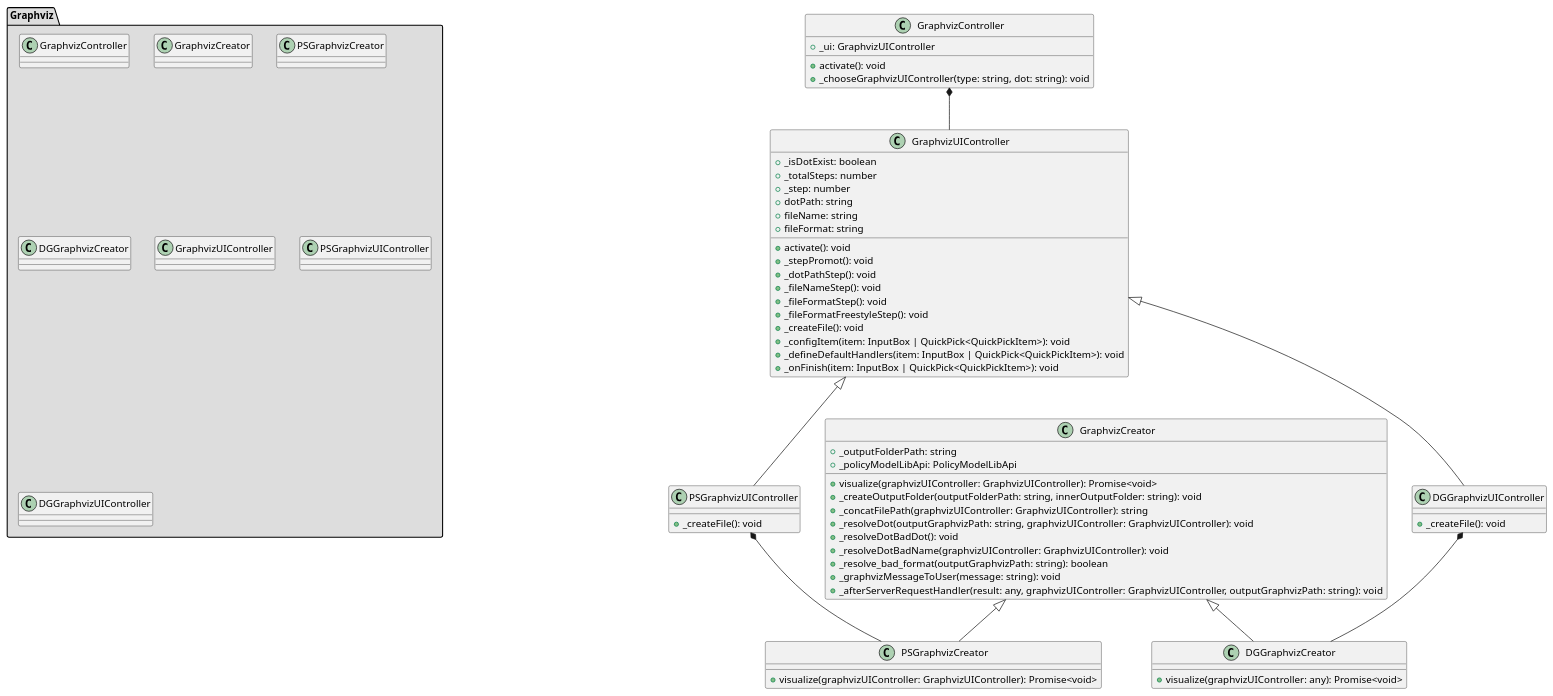
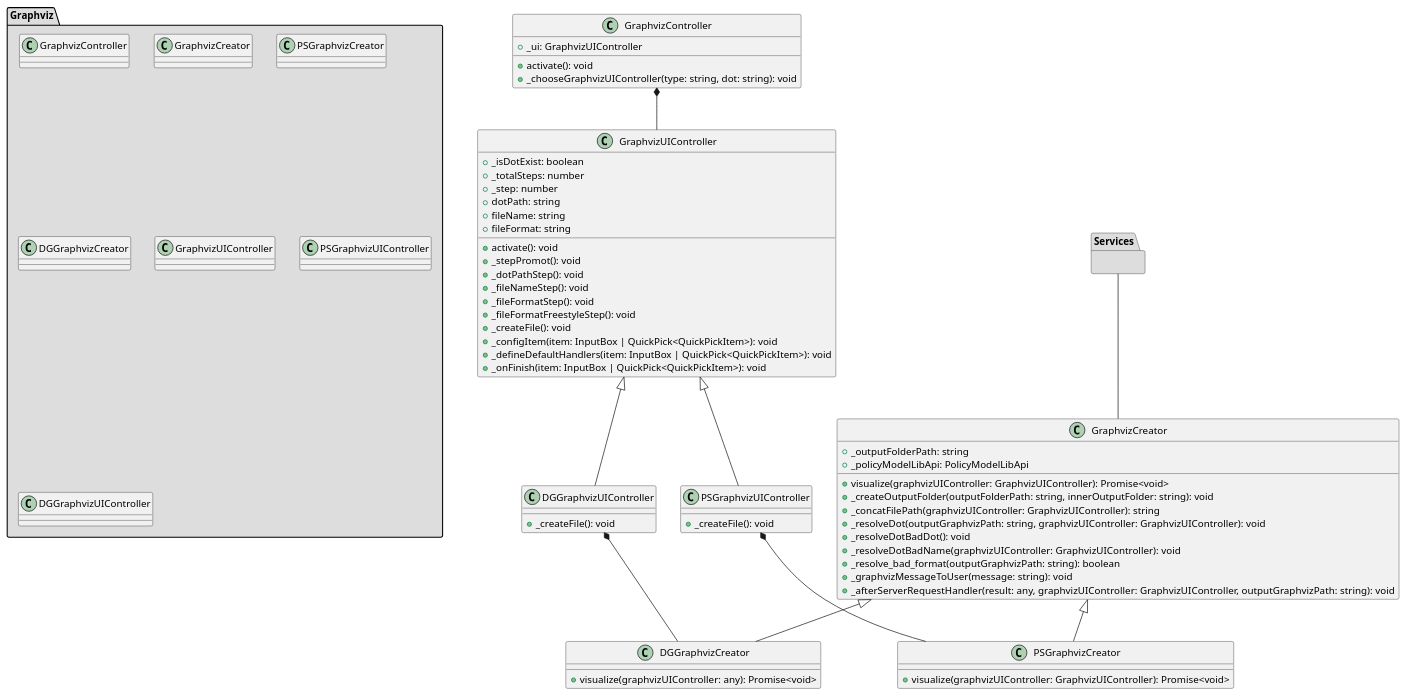
The diagram in diagrams/client/GraphvizPackageClassDiagram.puml (wolfj123/PolicyModelsPlugin), drawn with PlantUML before and after one commit.

```diff
--- a/diagrams/client/GraphvizPackageClassDiagram.puml
+++ b/diagrams/client/GraphvizPackageClassDiagram.puml
@@ -1,67 +1,77 @@
 @startuml
 
 package Graphviz #DDDDDD{
 	class GraphvizController
 	class GraphvizCreator
 	class PSGraphvizCreator
 	class DGGraphvizCreator
 	class GraphvizUIController
     class PSGraphvizUIController
     class DGGraphvizUIController
 }
 
 class GraphvizController {
     +_ui: GraphvizUIController
     +activate(): void
     +_chooseGraphvizUIController(type: string, dot: string): void
 }
 class GraphvizCreator {
     +_outputFolderPath: string
     +_policyModelLibApi: PolicyModelLibApi
     +visualize(graphvizUIController: GraphvizUIController): Promise<void>
     +_createOutputFolder(outputFolderPath: string, innerOutputFolder: string): void
     +_concatFilePath(graphvizUIController: GraphvizUIController): string
     +_resolveDot(outputGraphvizPath: string, graphvizUIController: GraphvizUIController): void
     +_resolveDotBadDot(): void
     +_resolveDotBadName(graphvizUIController: GraphvizUIController): void
     +_resolve_bad_format(outputGraphvizPath: string): boolean
     +_graphvizMessageToUser(message: string): void
     +_afterServerRequestHandler(result: any, graphvizUIController: GraphvizUIController, outputGraphvizPath: string): void
 }
 class PSGraphvizCreator extends GraphvizCreator {
     +visualize(graphvizUIController: GraphvizUIController): Promise<void>
 }
 class DGGraphvizCreator extends GraphvizCreator {
     +visualize(graphvizUIController: any): Promise<void>
 }
 class GraphvizUIController {
     +_isDotExist: boolean
     +_totalSteps: number
     +_step: number
     +dotPath: string
     +fileName: string
     +fileFormat: string
     +activate(): void
     +_stepPromot(): void
     +_dotPathStep(): void
     +_fileNameStep(): void
     +_fileFormatStep(): void
     +_fileFormatFreestyleStep(): void
     +_createFile(): void
     +_configItem(item: InputBox | QuickPick<QuickPickItem>): void
     +_defineDefaultHandlers(item: InputBox | QuickPick<QuickPickItem>): void
     +_onFinish(item: InputBox | QuickPick<QuickPickItem>): void
 }
 class PSGraphvizUIController extends GraphvizUIController {
     +_createFile(): void
 }
 class DGGraphvizUIController extends GraphvizUIController {
     +_createFile(): void
 }
 
 GraphvizController *-- GraphvizUIController
 PSGraphvizUIController *-- PSGraphvizCreator
 DGGraphvizUIController *-- DGGraphvizCreator
 
 
+Services -- GraphvizCreator
+
+
+package Services #DDDDDD{
+
+}
+
+
+
+
 @enduml
```
